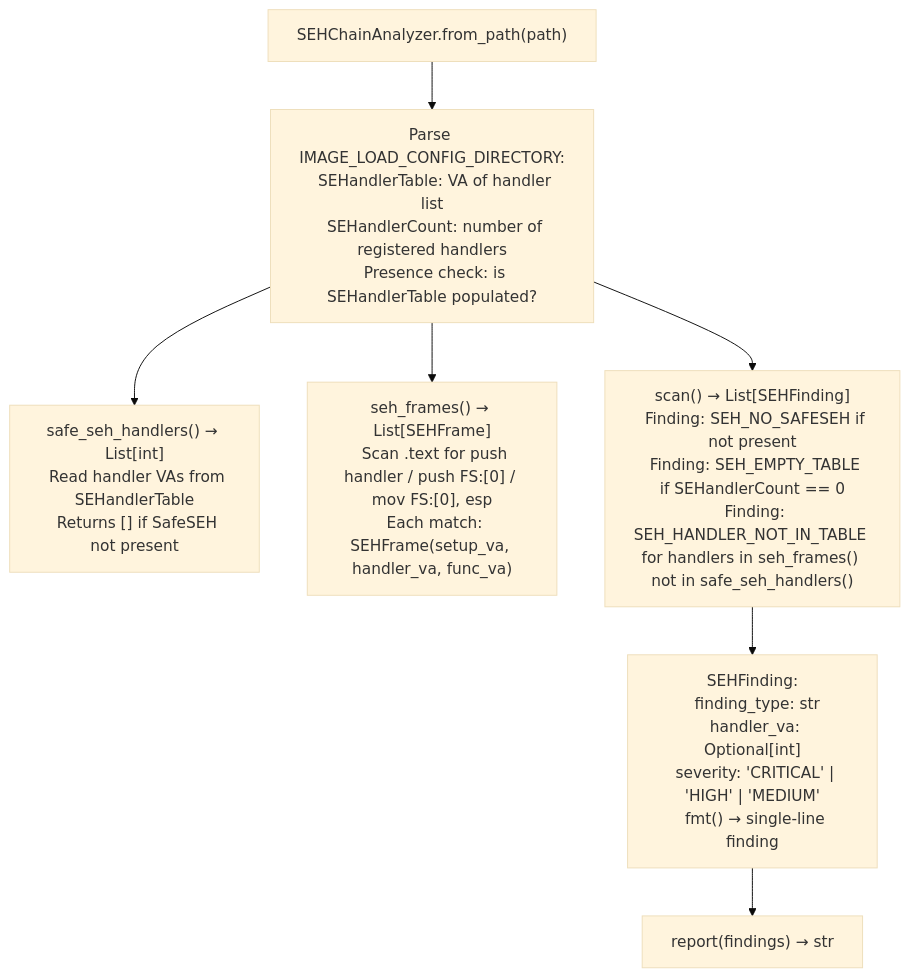
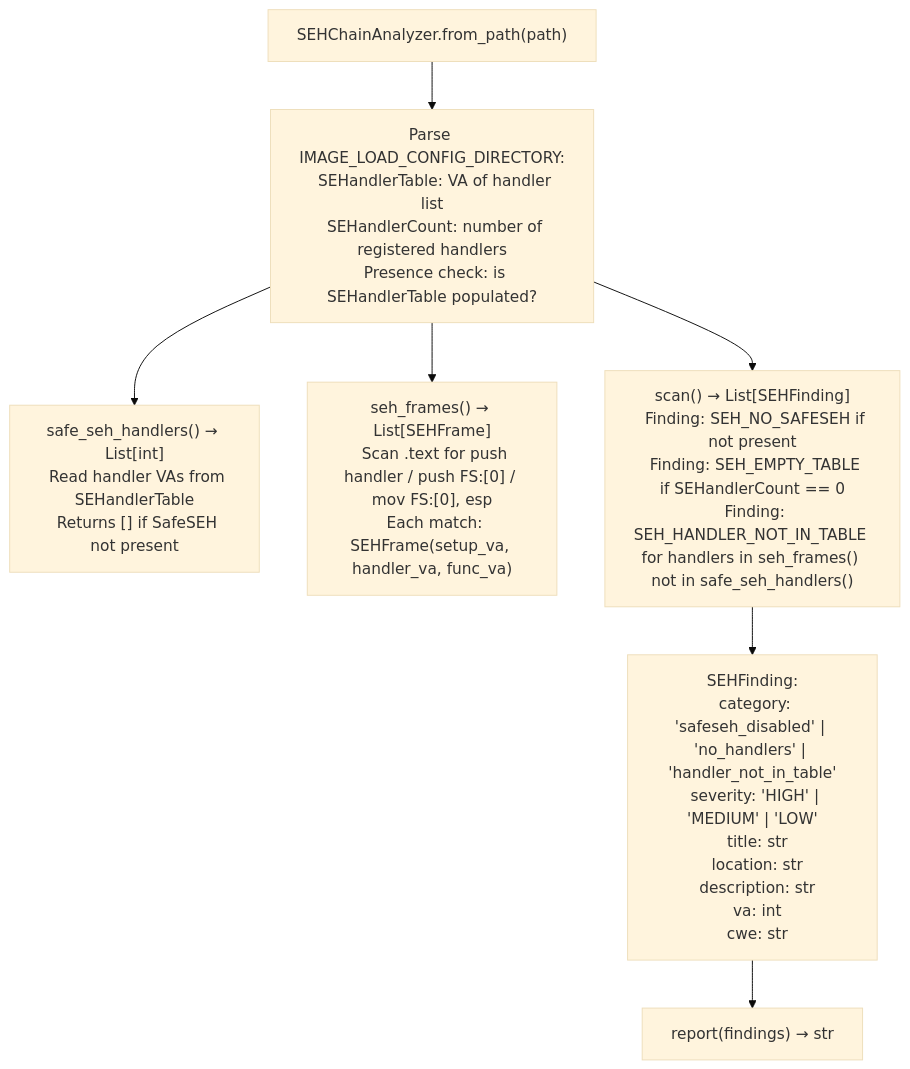
One commit to Ablation-Tool/ablation changed the diagram in docs/reference-modules/seh-and-safeseh-review.md. Above: the diagram before and after it, drawn with Mermaid (base theme). The commit also changed other lines of this file and 67 other files, not shown here.

````diff
--- a/docs/reference-modules/seh-and-safeseh-review.md
+++ b/docs/reference-modules/seh-and-safeseh-review.md
@@ -19,9 +19,9 @@
 ```mermaid
 flowchart TD
     A["SEHChainAnalyzer.from_path(path)"] --> B["Parse IMAGE_LOAD_CONFIG_DIRECTORY:\n  SEHandlerTable: VA of handler list\n  SEHandlerCount: number of registered handlers\n  Presence check: is SEHandlerTable populated?"]
     B --> C["safe_seh_handlers() → List[int]\n  Read handler VAs from SEHandlerTable\n  Returns [] if SafeSEH not present"]
     B --> D["seh_frames() → List[SEHFrame]\n  Scan .text for push handler / push FS:[0] / mov FS:[0], esp\n  Each match: SEHFrame(setup_va, handler_va, func_va)"]
     B --> E["scan() → List[SEHFinding]\n  Finding: SEH_NO_SAFESEH if not present\n  Finding: SEH_EMPTY_TABLE if SEHandlerCount == 0\n  Finding: SEH_HANDLER_NOT_IN_TABLE for handlers in seh_frames() not in safe_seh_handlers()"]
-    E --> F["SEHFinding:\n  finding_type: str\n  handler_va: Optional[int]\n  severity: 'CRITICAL' | 'HIGH' | 'MEDIUM'\n  fmt() → single-line finding"]
+    E --> F["SEHFinding:\n  category: 'safeseh_disabled' | 'no_handlers' | 'handler_not_in_table'\n  severity: 'HIGH' | 'MEDIUM' | 'LOW'\n  title: str\n  location: str\n  description: str\n  va: int\n  cwe: str"]
     F --> G["report(findings) → str"]
 ```
````
